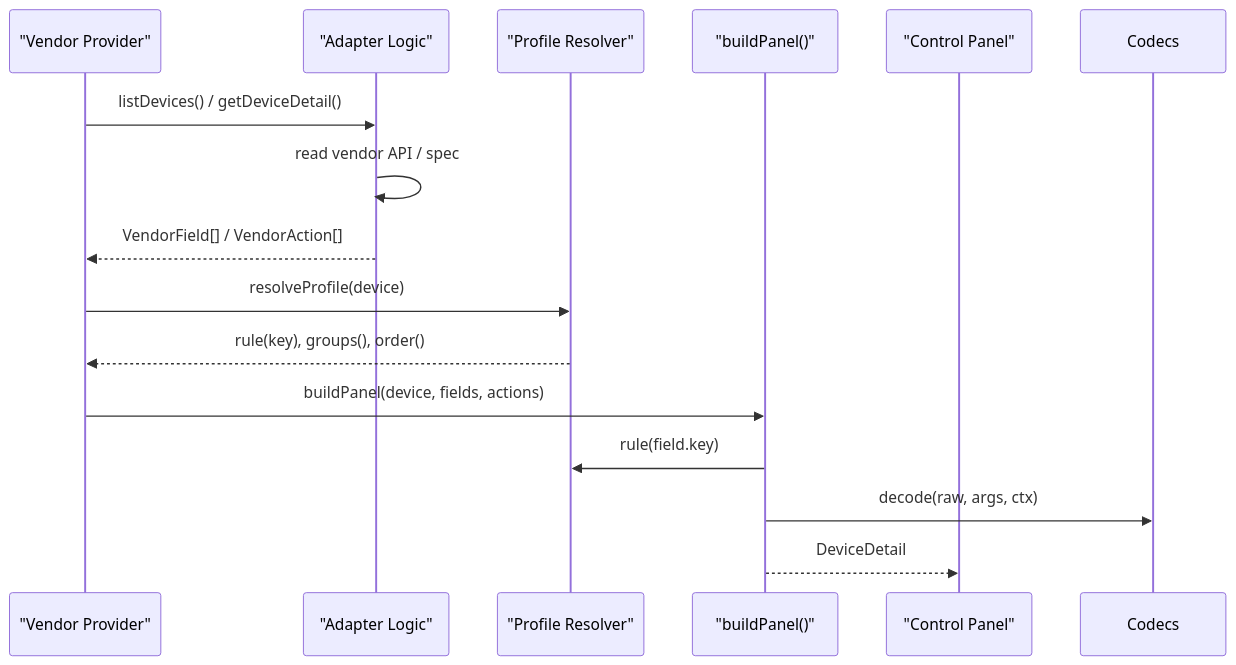
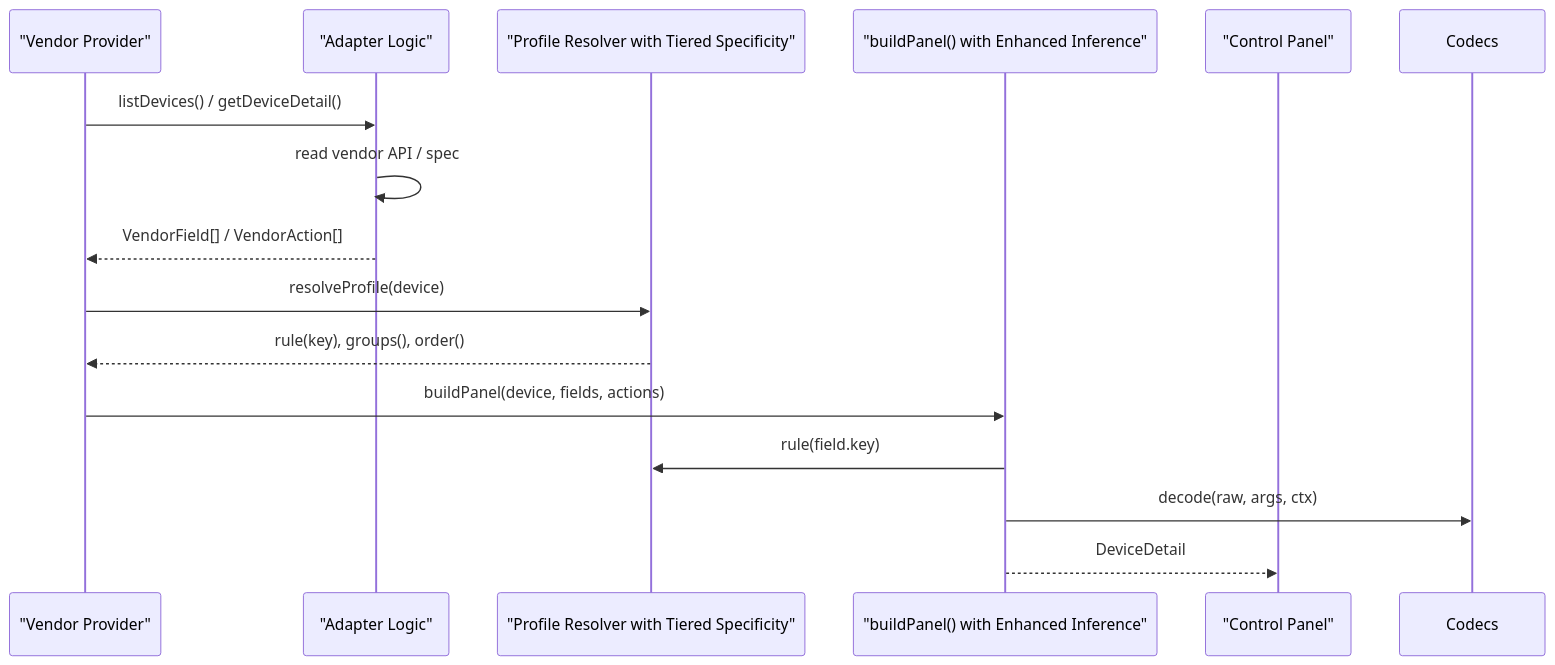
Before and after one commit to dlutwuwei/mihome-web: the second of 9 diagrams in .qoder/repowiki/en/content/Provider Development/Device Property Mapping.md, drawn with Mermaid. The commit also changed other lines of this file and 84 other files, not shown here.

````diff
--- a/.qoder/repowiki/en/content/Provider Development/Device Property Mapping.md
+++ b/.qoder/repowiki/en/content/Provider Development/Device Property Mapping.md
@@ -123,17 +124,17 @@
 ```mermaid
 sequenceDiagram
 participant Provider as "Vendor Provider"
 participant Adapter as "Adapter Logic"
-participant Profiles as "Profile Resolver"
-participant Panel as "buildPanel()"
+participant Profiles as "Profile Resolver with Tiered Specificity"
+participant Panel as "buildPanel() with Enhanced Inference"
 participant Frontend as "Control Panel"
 Provider->>Adapter : listDevices() / getDeviceDetail()
 Adapter->>Adapter : read vendor API / spec
 Adapter-->>Provider : VendorField[] / VendorAction[]
 Provider->>Profiles : resolveProfile(device)
 Profiles-->>Provider : rule(key), groups(), order()
 Provider->>Panel : buildPanel(device, fields, actions)
 Panel->>Profiles : rule(field.key)
 Panel->>Codecs : decode(raw, args, ctx)
 Panel-->>Frontend : DeviceDetail
 ```
````
